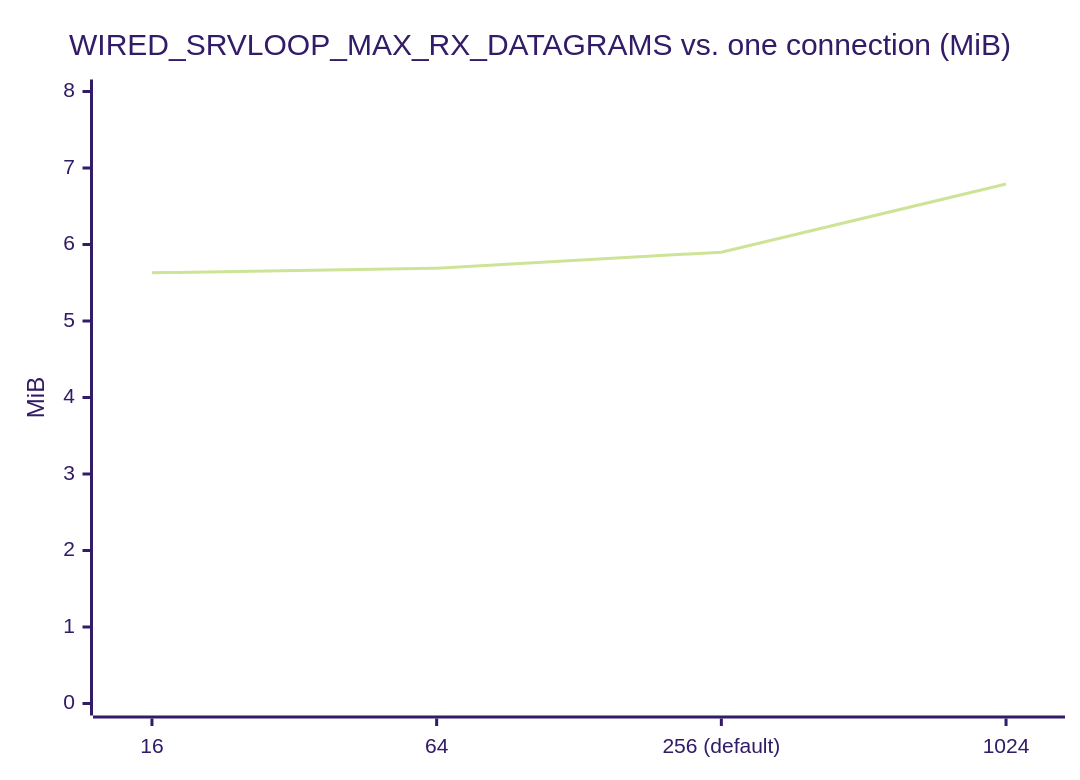
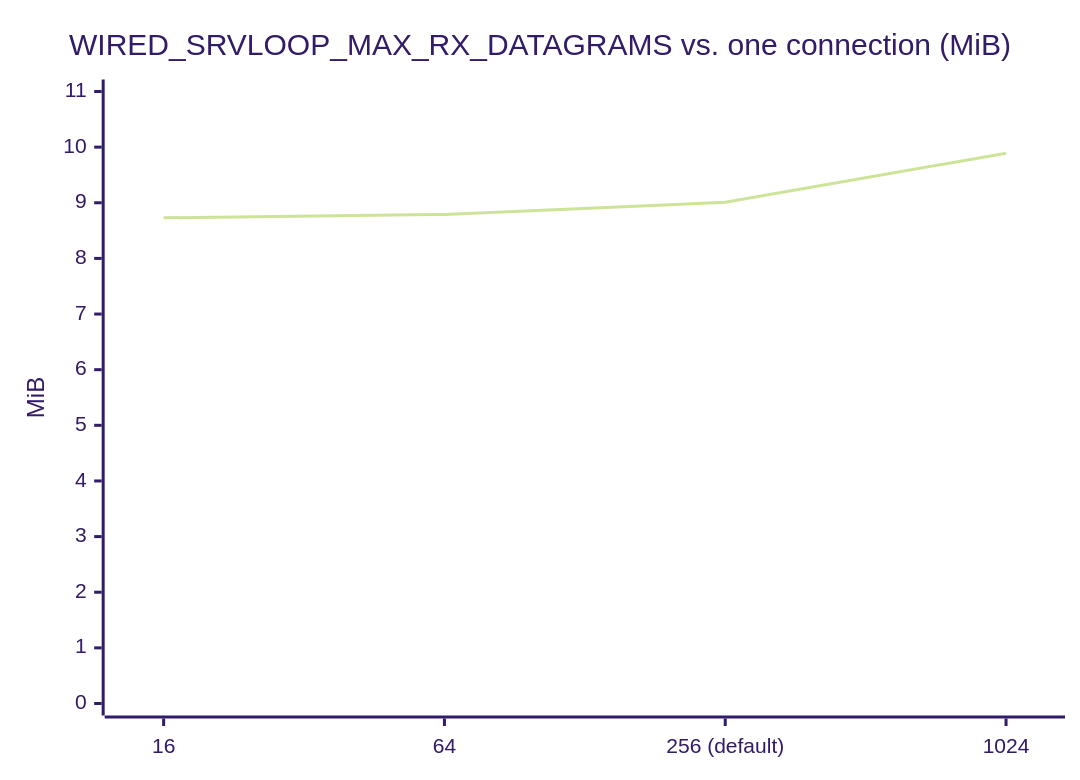
Before and after one commit to Hakkadaikon/wired: the eighth of 9 diagrams in docs/architecture/memory.md, drawn with Mermaid (forest theme). The commit also changed other lines of this file and 4 other files, not shown here.

````diff
--- a/docs/architecture/memory.md
+++ b/docs/architecture/memory.md
@@ -138,7 +138,7 @@
 ```mermaid
 xychart-beta
     title "WIRED_SRVLOOP_MAX_RX_DATAGRAMS vs. one connection (MiB)"
     x-axis ["16", "64", "256 (default)", "1024"]
-    y-axis "MiB" 0 --> 8
-    line [5.63, 5.69, 5.90, 6.79]
+    y-axis "MiB" 0 --> 11
+    line [8.73, 8.79, 9.01, 9.89]
 ```
````
